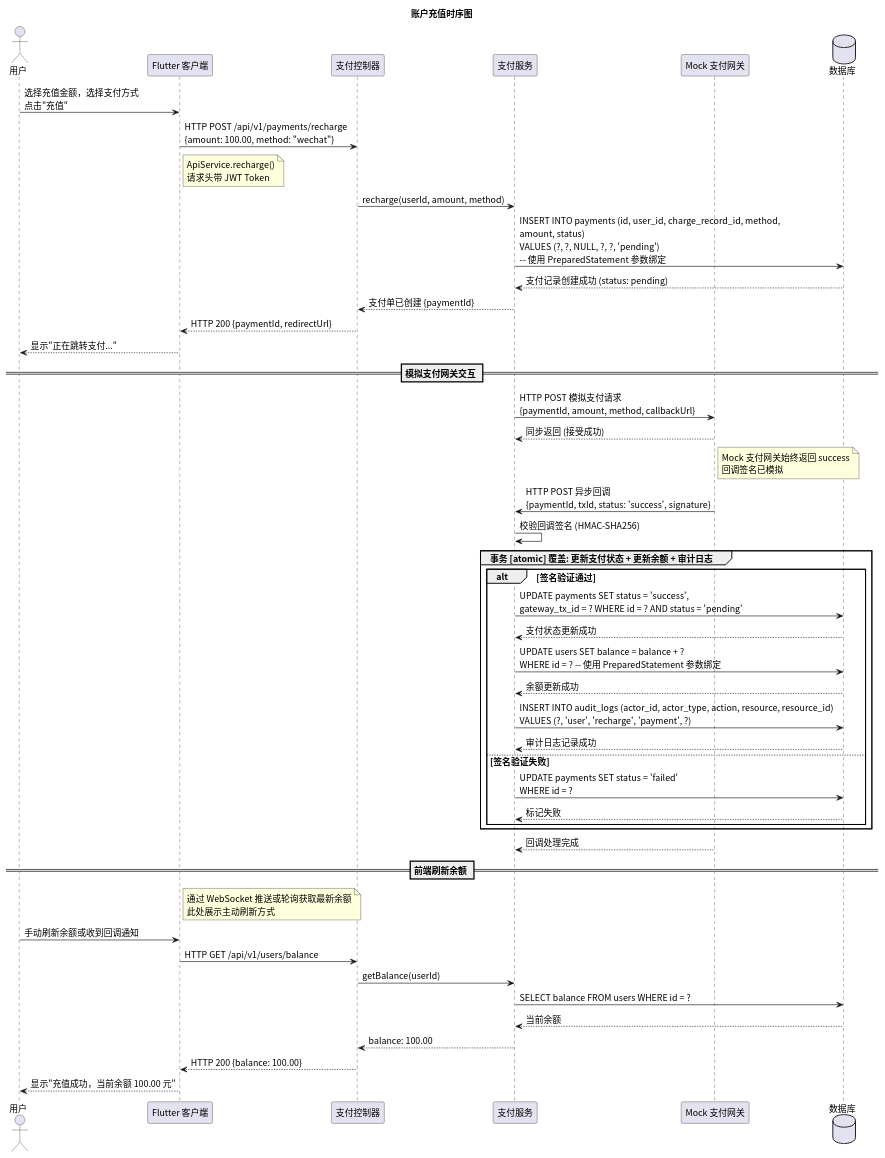
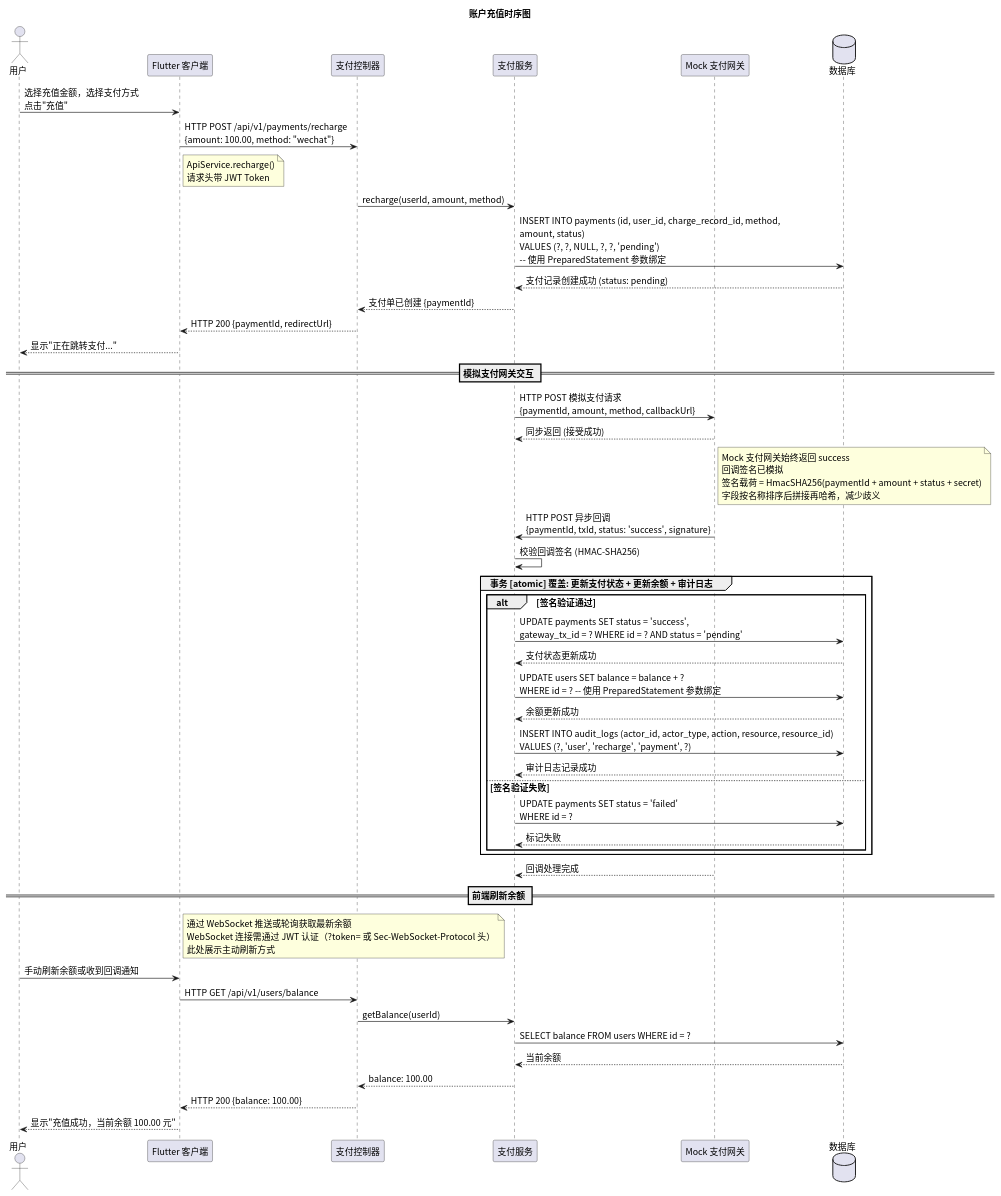
Before and after one commit to greenhandzdl/charging-station-doc: the diagram in time/src/sequence_recharge.puml, drawn with PlantUML. The commit also changed 16 other files, not shown here.

First line of the commit message:
fix: 架构与安全审计修复 — API 文档补全、类图扩展、安全增强

```diff
--- a/time/src/sequence_recharge.puml
+++ b/time/src/sequence_recharge.puml
@@ -1,66 +1,66 @@
 @startuml
 skinparam defaultFontName "Noto Sans CJK SC"
 skinparam defaultFontSize 14
 title 账户充值时序图
 
 ' 所有 SQL 操作使用 PreparedStatement 参数绑定，禁止字符串拼接
 actor 用户 as U
 participant "Flutter 客户端" as FE
 participant "支付控制器" as Ctrl
 participant "支付服务" as PS
 participant "Mock 支付网关" as Gateway
 database 数据库 as DB
 
 U -> FE: 选择充值金额，选择支付方式\n点击"充值"
 FE -> Ctrl: HTTP POST /api/v1/payments/recharge\n{amount: 100.00, method: "wechat"}
 note right FE : ApiService.recharge()\n请求头带 JWT Token
 
 Ctrl -> PS: recharge(userId, amount, method)
 
 PS -> DB: INSERT INTO payments (id, user_id, charge_record_id, method,\namount, status)\nVALUES (?, ?, NULL, ?, ?, 'pending')\n-- 使用 PreparedStatement 参数绑定
 DB --> PS: 支付记录创建成功 (status: pending)
 
 PS --> Ctrl: 支付单已创建 {paymentId}
 Ctrl --> FE: HTTP 200 {paymentId, redirectUrl}
 FE --> U: 显示"正在跳转支付..."
 
 == 模拟支付网关交互 ==
 PS -> Gateway: HTTP POST 模拟支付请求\n{paymentId, amount, method, callbackUrl}
 Gateway --> PS: 同步返回 (接受成功)
 
-note right Gateway : Mock 支付网关始终返回 success\n回调签名已模拟
+note right Gateway : Mock 支付网关始终返回 success\n回调签名已模拟\n签名载荷 = HmacSHA256(paymentId + amount + status + secret)\n字段按名称排序后拼接再哈希，减少歧义
 
 Gateway -> PS: HTTP POST 异步回调\n{paymentId, txId, status: 'success', signature}
 
 PS -> PS: 校验回调签名 (HMAC-SHA256)
 
 group 事务 [atomic] 覆盖: 更新支付状态 + 更新余额 + 审计日志
   alt 签名验证通过
     PS -> DB: UPDATE payments SET status = 'success',\ngateway_tx_id = ? WHERE id = ? AND status = 'pending'
     DB --> PS: 支付状态更新成功
 
     PS -> DB: UPDATE users SET balance = balance + ?\nWHERE id = ? -- 使用 PreparedStatement 参数绑定
     DB --> PS: 余额更新成功
 
     PS -> DB: INSERT INTO audit_logs (actor_id, actor_type, action, resource, resource_id)\nVALUES (?, 'user', 'recharge', 'payment', ?)
     DB --> PS: 审计日志记录成功
   else 签名验证失败
     PS -> DB: UPDATE payments SET status = 'failed'\nWHERE id = ?
     DB --> PS: 标记失败
   end
 end
 
 Gateway --> PS: 回调处理完成
 
 == 前端刷新余额 ==
-note right FE : 通过 WebSocket 推送或轮询获取最新余额\n此处展示主动刷新方式
+note right FE : 通过 WebSocket 推送或轮询获取最新余额\nWebSocket 连接需通过 JWT 认证（?token= 或 Sec-WebSocket-Protocol 头）\n此处展示主动刷新方式
 
 U -> FE: 手动刷新余额或收到回调通知
 FE -> Ctrl: HTTP GET /api/v1/users/balance
 Ctrl -> PS: getBalance(userId)
 PS -> DB: SELECT balance FROM users WHERE id = ?
 DB --> PS: 当前余额
 PS --> Ctrl: balance: 100.00
 Ctrl --> FE: HTTP 200 {balance: 100.00}
 FE --> U: 显示"充值成功，当前余额 100.00 元"
 @enduml
```
